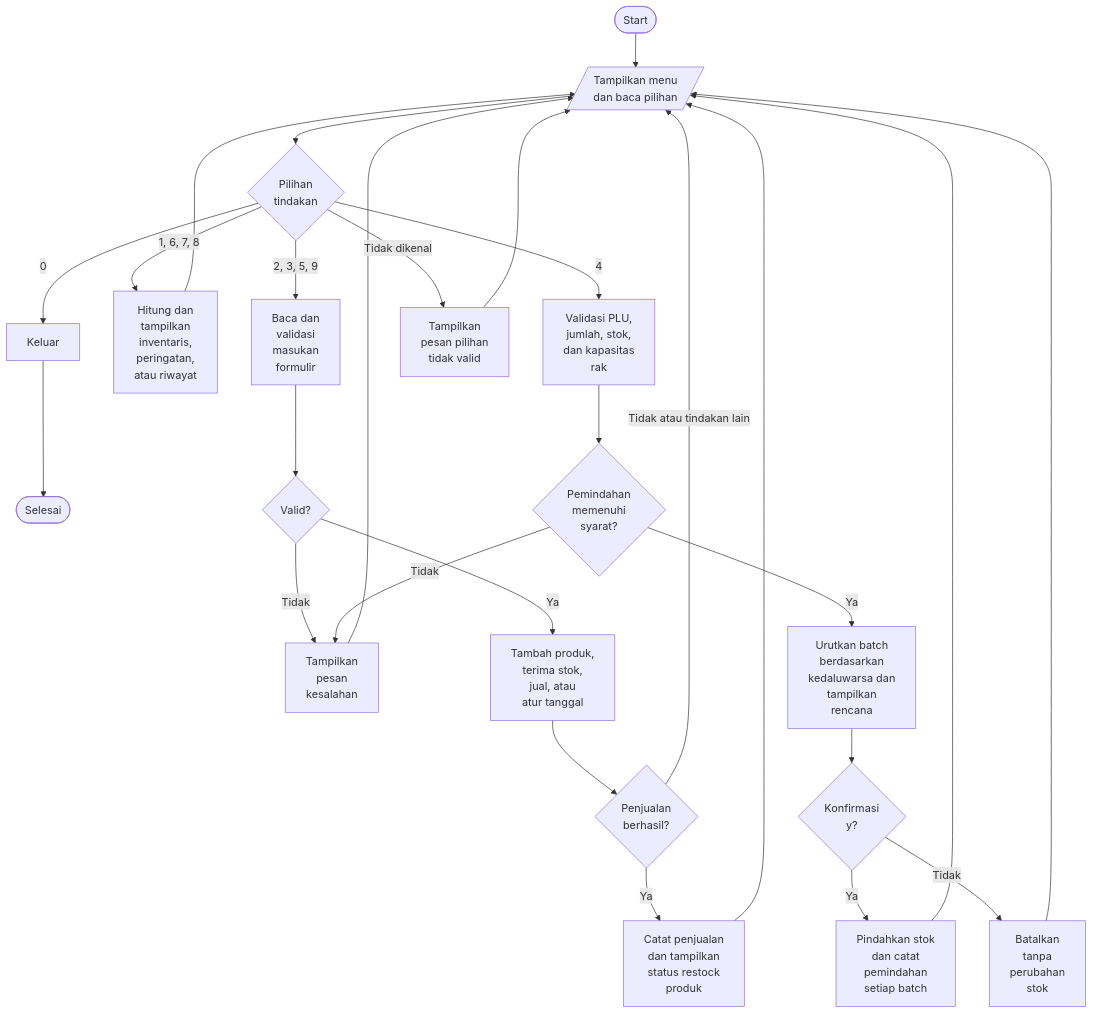
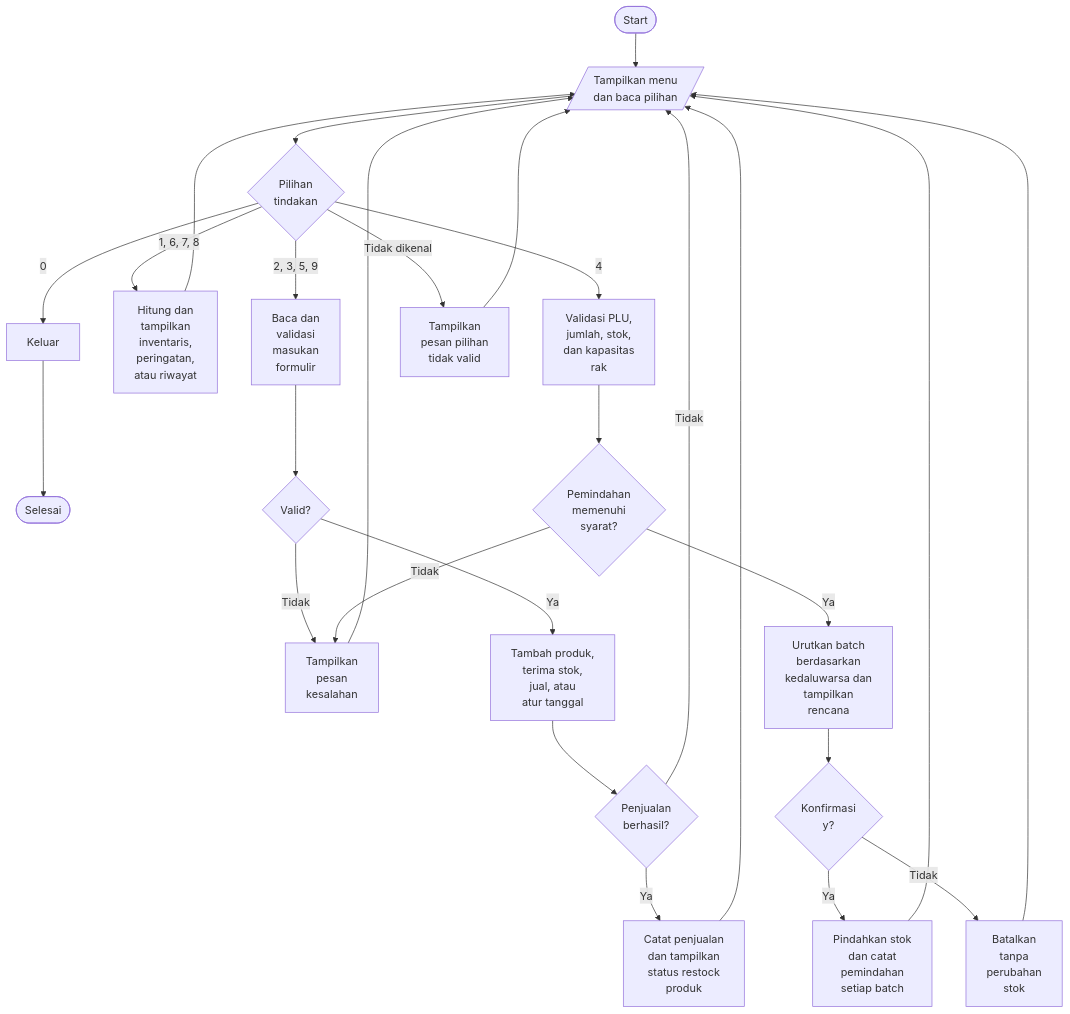
The diagram in README.md (yahfiilham/pantau-toko), drawn with Mermaid before and after one commit.

Commit message:
Update flowchart
ganti tulisan pada arrow tidak atau tindakan lain setelah simbol keputusan "Penjualan?"

````diff
--- a/README.md
+++ b/README.md
@@ -107,35 +107,35 @@
 ```mermaid
 flowchart TD
     A([Start]) --> C[/Tampilkan menu<br>dan baca pilihan/]
     C --> D{Pilihan<br>tindakan}
     D -->|0| Z[Keluar]
     Z --> End([Selesai])
     
     D -->|1, 6, 7, 8| E[Hitung dan<br>tampilkan<br>inventaris,<br>peringatan,<br>atau riwayat]
     D -->|2, 3, 5, 9| F[Baca dan<br>validasi<br>masukan<br>formulir]
     D -->|4| G[Validasi PLU,<br>jumlah, stok,<br>dan kapasitas<br>rak]
     D -->|Tidak dikenal| H[Tampilkan<br>pesan pilihan<br>tidak valid]
     
     F --> I{Valid?}
     I -->|Tidak| J[Tampilkan<br>pesan<br>kesalahan]
     I -->|Ya| K[Tambah produk,<br>terima stok,<br>jual, atau<br>atur tanggal]
     
     K --> L{Penjualan<br>berhasil?}
     L -->|Ya| M[Catat penjualan<br>dan tampilkan<br>status restock<br>produk]
-    L -->|Tidak atau tindakan lain| C
+    L -->|Tidak| C
     
     G --> N{Pemindahan<br>memenuhi<br>syarat?}
     N -->|Tidak| J
     N -->|Ya| O[Urutkan batch<br>berdasarkan<br>kedaluwarsa dan<br>tampilkan<br>rencana]
     
     O --> P{Konfirmasi<br>y?}
     P -->|Ya| Q[Pindahkan stok<br>dan catat<br>pemindahan<br>setiap batch]
     P -->|Tidak| R[Batalkan<br>tanpa<br>perubahan<br>stok]
     
     E --> C
     H --> C
     J --> C
     M --> C
     Q --> C
     R --> C
 ```
````
